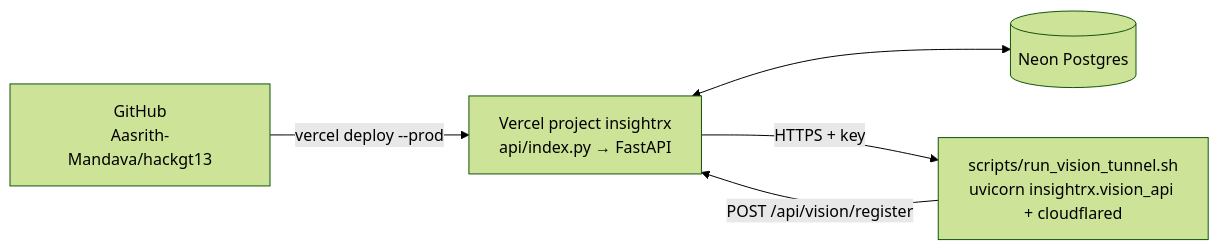
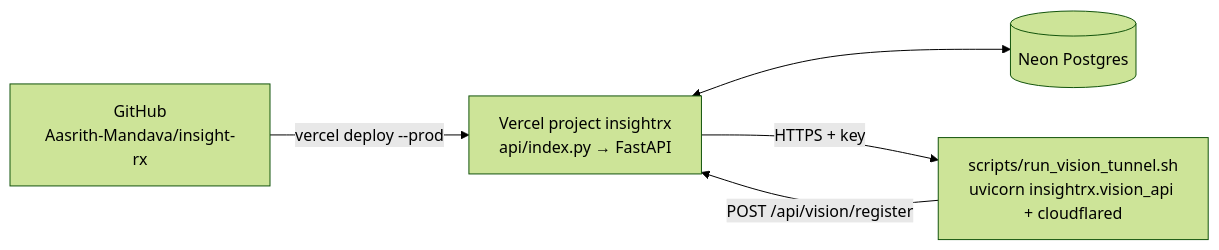
Before and after one commit to Aasrith-Mandava/hackgt13: the fifth of 5 diagrams in docs/ARCHITECTURE.md, drawn with Mermaid (forest theme). The commit also changed other lines of this file and 2 other files, not shown here.

Commit message:
Point links at the renamed repository (Aasrith-Mandava/insight-rx)

````diff
--- a/docs/ARCHITECTURE.md
+++ b/docs/ARCHITECTURE.md
@@ -223,7 +223,7 @@
 ```mermaid
 flowchart LR
-  GH["GitHub<br/>Aasrith-Mandava/hackgt13"] -->|vercel deploy --prod| V["Vercel project insightrx<br/>api/index.py → FastAPI"]
+  GH["GitHub<br/>Aasrith-Mandava/insight-rx"] -->|vercel deploy --prod| V["Vercel project insightrx<br/>api/index.py → FastAPI"]
   V <--> N[("Neon Postgres")]
   W["scripts/run_vision_tunnel.sh<br/>uvicorn insightrx.vision_api + cloudflared"] -->|POST /api/vision/register| V
   V -->|HTTPS + key| W
 ```
````
